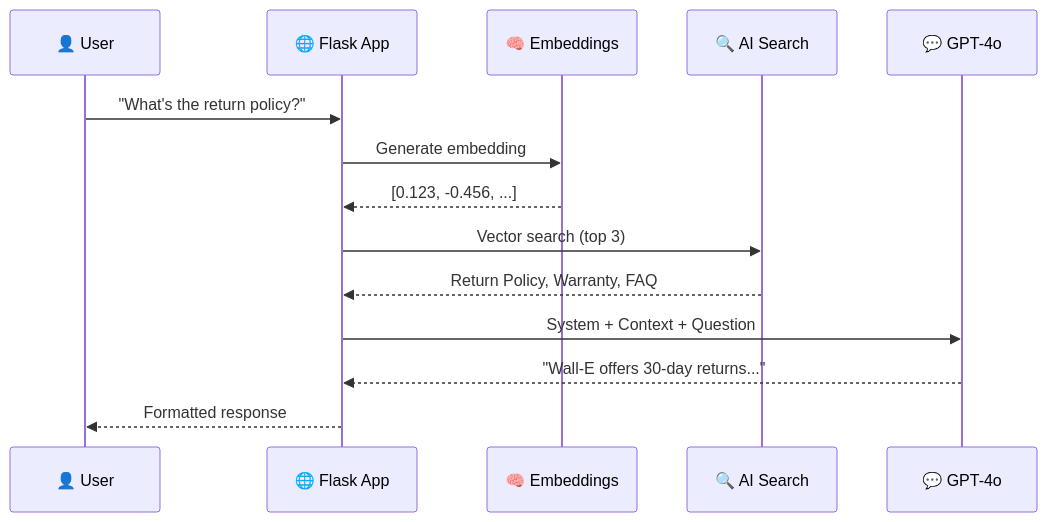
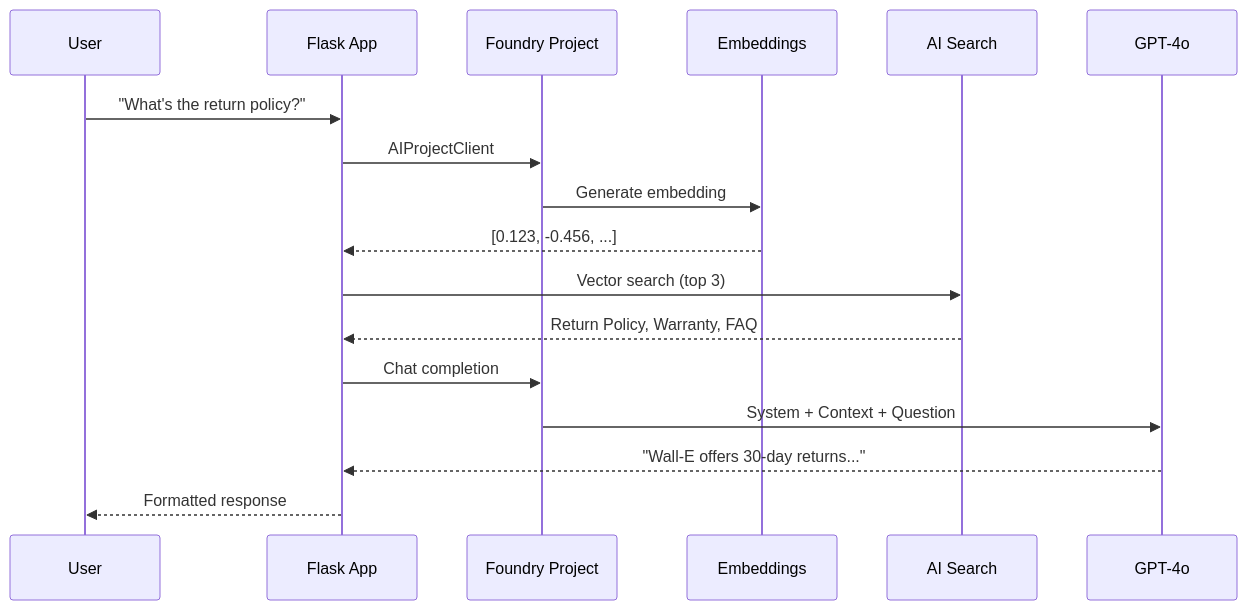
One commit to ritwickmicrosoft/llmops-workshop-demo-foundry changed the second of 3 diagrams in README.md. Above: the diagram before and after it, drawn with Mermaid. The commit also changed other lines of this file and 11 other files, not shown here.

````diff
--- a/README.md
+++ b/README.md
@@ -70,17 +69,20 @@
 ```mermaid
 sequenceDiagram
-    participant U as 👤 User
-    participant F as 🌐 Flask App
-    participant E as 🧠 Embeddings
-    participant S as 🔍 AI Search
-    participant G as 💬 GPT-4o
+    participant U as User
+    participant F as Flask App
+    participant P as Foundry Project
+    participant E as Embeddings
+    participant S as AI Search
+    participant G as GPT-4o
 
     U->>F: "What's the return policy?"
-    F->>E: Generate embedding
+    F->>P: AIProjectClient
+    P->>E: Generate embedding
     E-->>F: [0.123, -0.456, ...]
     F->>S: Vector search (top 3)
     S-->>F: Return Policy, Warranty, FAQ
-    F->>G: System + Context + Question
+    F->>P: Chat completion
+    P->>G: System + Context + Question
     G-->>F: "Wall-E offers 30-day returns..."
     F-->>U: Formatted response
 ```
````
